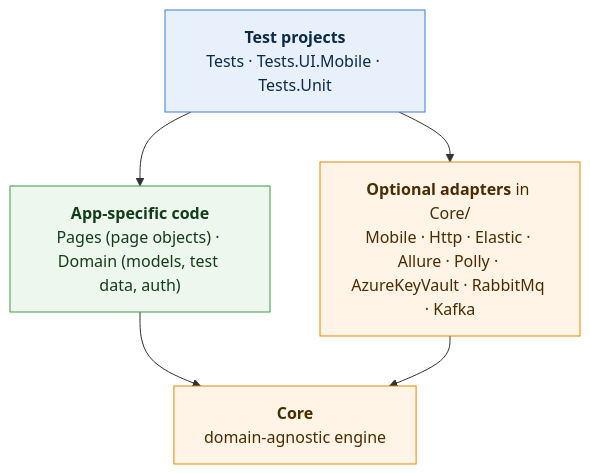
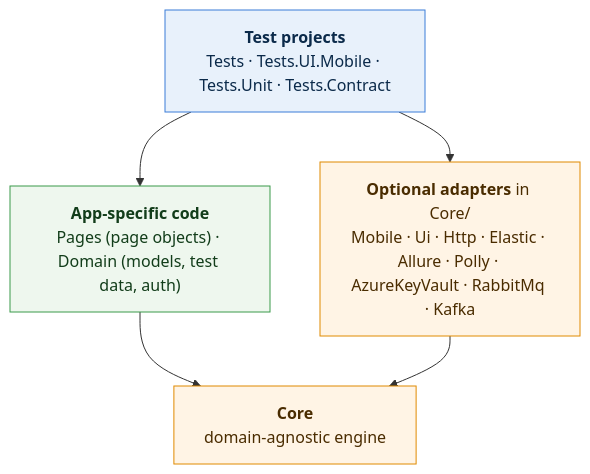
The first of 6 diagrams in docs/DIAGRAMS.md (ravs788/complete-test-automation-fmw), drawn with Mermaid before and after one commit. The commit also changed other lines of this file and 58 other files, not shown here.

````diff
--- a/docs/DIAGRAMS.md
+++ b/docs/DIAGRAMS.md
@@ -20,19 +20,19 @@
 ```mermaid
 flowchart TB
-    TESTS["<b>Test projects</b><br/>Tests · Tests.UI.Mobile · Tests.Unit"]
+    TESTS["<b>Test projects</b><br/>Tests · Tests.UI.Mobile · Tests.Unit · Tests.Contract"]
     APP["<b>App-specific code</b><br/>Pages (page objects) · Domain (models, test data, auth)"]
-    ADDONS["<b>Optional adapters</b> in Core/<br/>Mobile · Http · Elastic · Allure · Polly · AzureKeyVault · RabbitMq · Kafka"]
+    ADDONS["<b>Optional adapters</b> in Core/<br/>Mobile · Ui · Http · Elastic · Allure · Polly · AzureKeyVault · RabbitMq · Kafka"]
     CORE["<b>Core</b><br/>domain-agnostic engine"]
 
     TESTS --> APP
     TESTS --> ADDONS
     APP --> CORE
     ADDONS --> CORE
 
     classDef test fill:#e8f1fb,stroke:#3b7dd8,color:#0b2a4a
     classDef app fill:#eef7ee,stroke:#3a9a4a,color:#123d1a
     classDef core fill:#fff4e5,stroke:#e08a00,color:#4a2c00
     class TESTS test
     class APP app
     class ADDONS,CORE core
 ```
````
